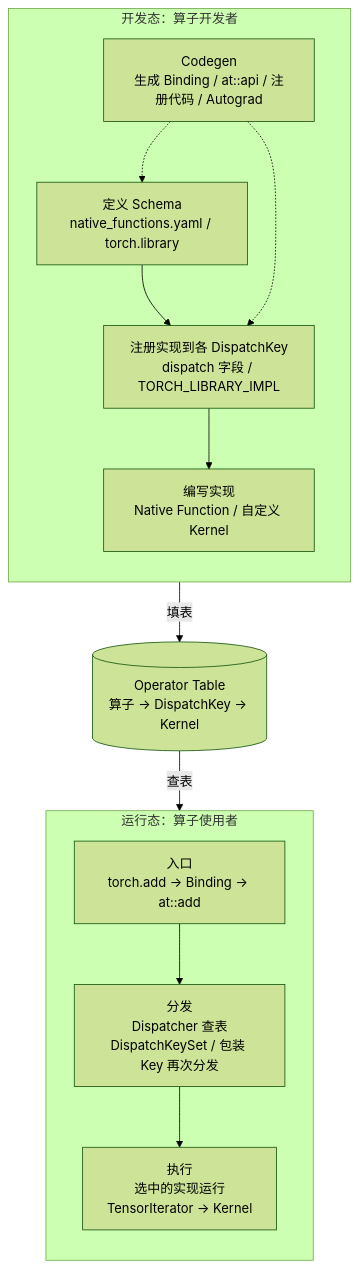
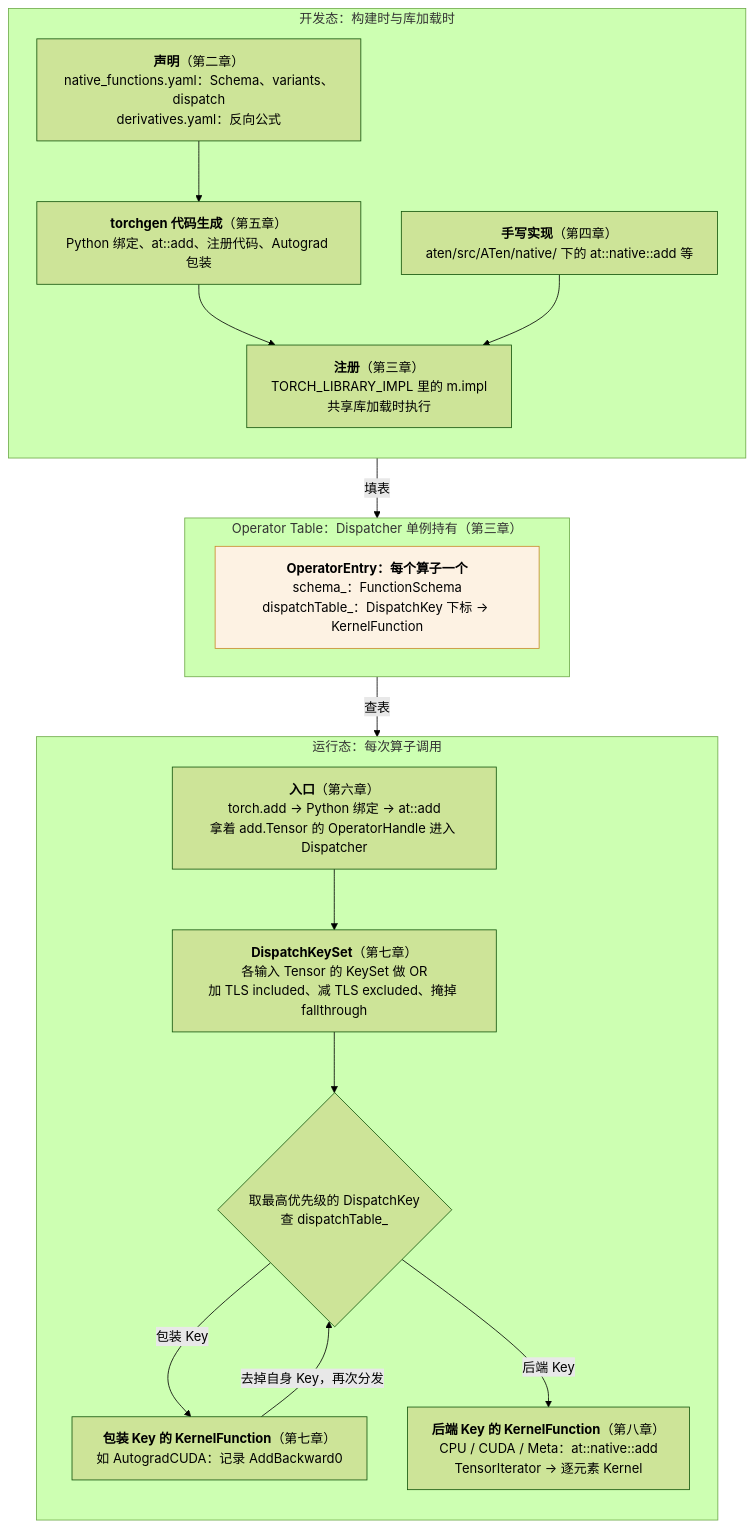
One commit to arganzheng/arganzheng.github.com changed the first of 7 diagrams in _posts/2026-02-21-pytorch-dispatcher-and-operator-system.md. Above: the diagram before and after it, drawn with Mermaid (forest theme). The commit also changed other lines of this file and 12 other files, not shown here.

First line of the commit message:
PyTorch 系列：各篇开头补机制总览图，Java 章改为就近的「Java 经验参照」提示块，指引改为标题链接

````diff
--- a/_posts/2026-02-21-pytorch-dispatcher-and-operator-system.md
+++ b/_posts/2026-02-21-pytorch-dispatcher-and-operator-system.md
@@ -69,17 +29,33 @@
 ```mermaid
-%% 图：Operator Table 是两个维度的交汇点：开发态往里填，运行态从里查
+%%{init: {"flowchart": {"wrappingWidth": 340}}}%%
+%% 图：算子系统总览：开发态经 torchgen 把实现填进 OperatorEntry，运行态用 DispatchKeySet 从同一张表里查出 KernelFunction
 flowchart TB
-    subgraph DEV[开发态：算子开发者]
+    subgraph DEV["开发态：构建时与库加载时"]
         direction TB
-        A1[定义 Schema<br/>native_functions.yaml / torch.library] --> A2[注册实现到各 DispatchKey<br/>dispatch 字段 / TORCH_LIBRARY_IMPL] --> A3[编写实现<br/>Native Function / 自定义 Kernel]
-        CG[Codegen<br/>生成 Binding / at::api / 注册代码 / Autograd] -.-> A1
-        CG -.-> A2
+        DECL["<b>声明</b>（第二章）<br/>native_functions.yaml：Schema、variants、dispatch<br/>derivatives.yaml：反向公式"]
+        TG["<b>torchgen 代码生成</b>（第五章）<br/>Python 绑定、at::add、注册代码、Autograd 包装"]
+        IMPL["<b>手写实现</b>（第四章）<br/>aten/src/ATen/native/ 下的 at::native::add 等"]
+        REG["<b>注册</b>（第三章）<br/>TORCH_LIBRARY_IMPL 里的 m.impl<br/>共享库加载时执行"]
+        DECL --> TG --> REG
+        IMPL --> REG
     end
-    OT[(Operator Table<br/>算子 → DispatchKey → Kernel)]
-    subgraph RUN[运行态：算子使用者]
+    subgraph TABLE["Operator Table：Dispatcher 单例持有（第三章）"]
+        OE["<b>OperatorEntry：每个算子一个</b><br/>schema_：FunctionSchema<br/>dispatchTable_：DispatchKey 下标 → KernelFunction"]
+    end
+    subgraph RUN["运行态：每次算子调用"]
         direction TB
-        B1[入口<br/>torch.add → Binding → at::add] --> B2[分发<br/>Dispatcher 查表<br/>DispatchKeySet / 包装 Key 再次分发] --> B3[执行<br/>选中的实现运行<br/>TensorIterator → Kernel]
+        ENTRY["<b>入口</b>（第六章）<br/>torch.add → Python 绑定 → at::add<br/>拿着 add.Tensor 的 OperatorHandle 进入 Dispatcher"]
+        KS["<b>DispatchKeySet</b>（第七章）<br/>各输入 Tensor 的 KeySet 做 OR<br/>加 TLS included、减 TLS excluded、掩掉 fallthrough"]
+        PICK{"取最高优先级的 DispatchKey<br/>查 dispatchTable_"}
+        WRAP["<b>包装 Key 的 KernelFunction</b>（第七章）<br/>如 AutogradCUDA：记录 AddBackward0"]
+        BACK["<b>后端 Key 的 KernelFunction</b>（第八章）<br/>CPU / CUDA / Meta：at::native::add<br/>TensorIterator → 逐元素 Kernel"]
+        ENTRY --> KS --> PICK
+        PICK -- "包装 Key" --> WRAP
+        WRAP -- "去掉自身 Key，再次分发" --> PICK
+        PICK -- "后端 Key" --> BACK
     end
-    A2 -->|填表| OT
-    OT -->|查表| B2
+    DEV -- "填表" --> TABLE
+    TABLE -- "查表" --> RUN
+    classDef table fill:#fdf2e3,stroke:#c98a2b;
+    class OE table;
 ```
````
